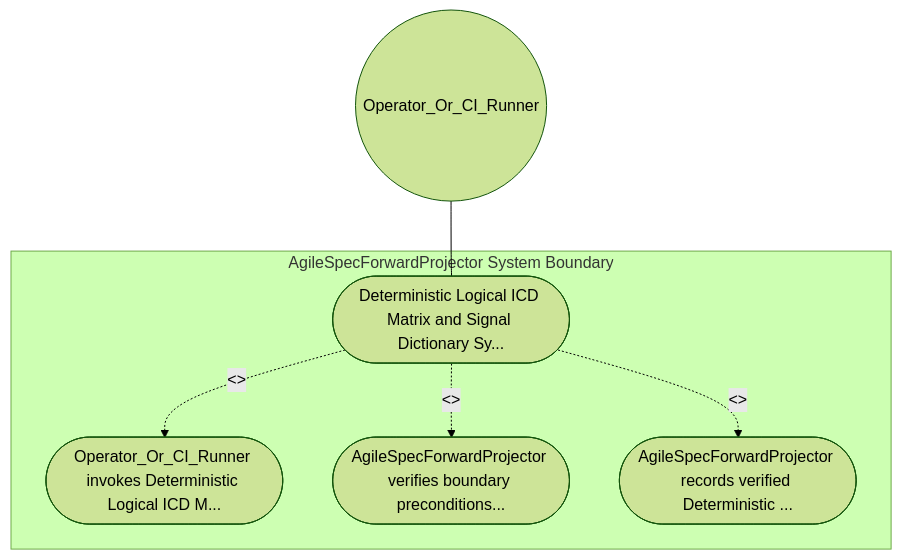
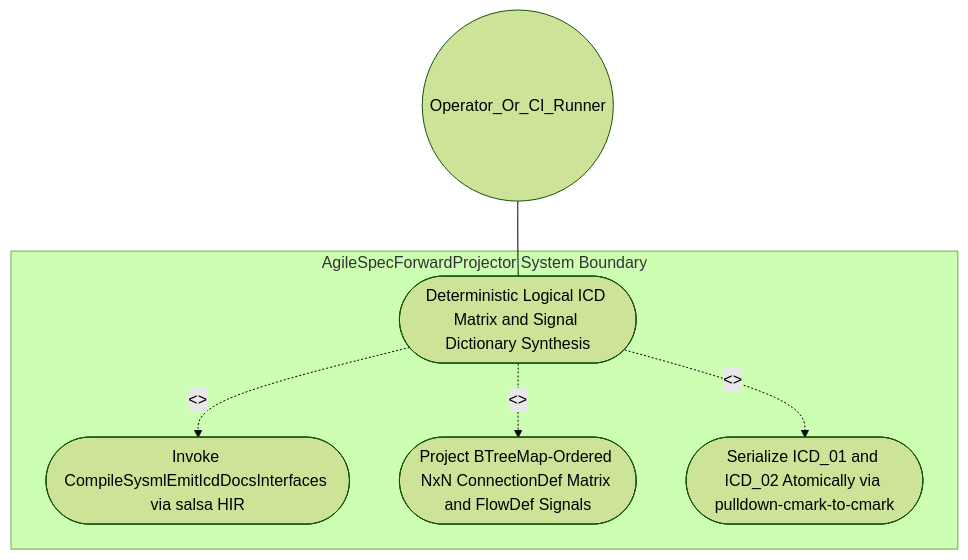
Before and after one commit to gintatkinson/DEAP01-spec-core: the first of 2 diagrams in .pipeline/upstream/docs/use-cases/UC-17-Deterministic_Logical_ICD_Matrix_and_Signal_Dictionary_Synthesis.md, drawn with Mermaid (forest theme). The commit also changed other lines of this file and 225 other files, not shown here.

````diff
--- a/.pipeline/upstream/docs/use-cases/UC-17-Deterministic_Logical_ICD_Matrix_and_Signal_Dictionary_Synthesis.md
+++ b/.pipeline/upstream/docs/use-cases/UC-17-Deterministic_Logical_ICD_Matrix_and_Signal_Dictionary_Synthesis.md
@@ -16,13 +18,13 @@
 ```mermaid
 graph TD
     subgraph "AgileSpecForwardProjector System Boundary"
-        UC_Main(["Deterministic Logical ICD Matrix and Signal Dictionary Sy..."])
-        UC_Step01(["Operator_Or_CI_Runner invokes Deterministic Logical ICD M..."])
-        UC_Step02(["AgileSpecForwardProjector verifies boundary preconditions..."])
-        UC_Step03(["AgileSpecForwardProjector records verified Deterministic ..."])
+        UC_Main(["Deterministic Logical ICD Matrix and Signal Dictionary Synthesis"])
+        UC_Step01(["Invoke CompileSysmlEmitIcdDocsInterfaces via salsa HIR"])
+        UC_Step02(["Project BTreeMap-Ordered NxN ConnectionDef Matrix and FlowDef Signals"])
+        UC_Step03(["Serialize ICD_01 and ICD_02 Atomically via pulldown-cmark-to-cmark"])
     end
     Operator_Or_CI_Runner(("Operator_Or_CI_Runner")) --- UC_Main
     UC_Main -. "<<include>>" .-> UC_Step01
     UC_Main -. "<<include>>" .-> UC_Step02
     UC_Main -. "<<include>>" .-> UC_Step03
 ```
````
